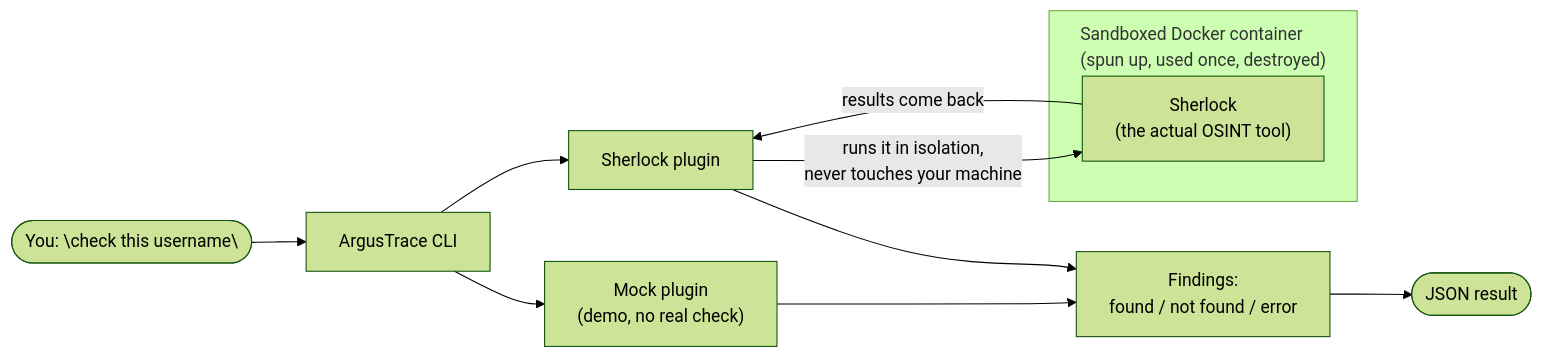
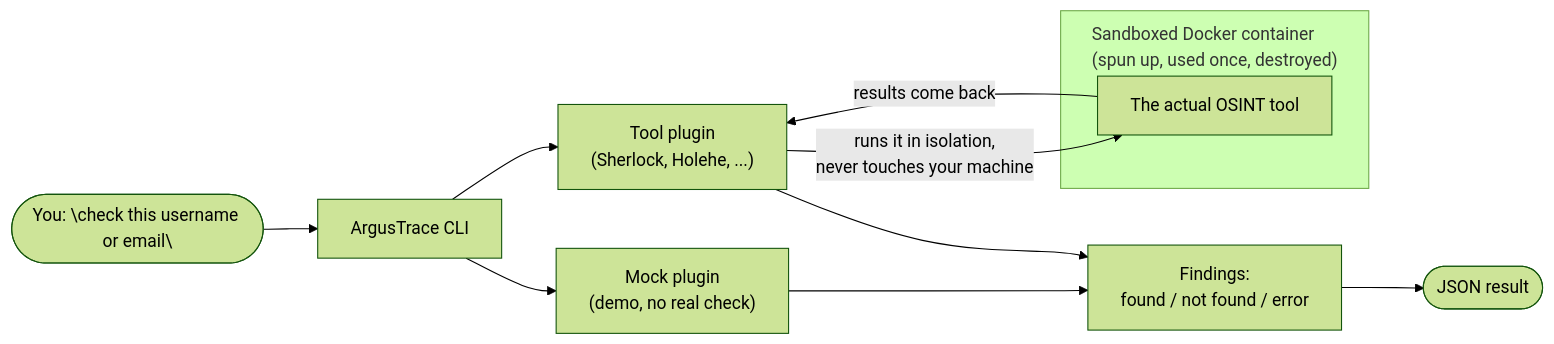
One commit to 0p3r1/ArgusTrace changed the diagram in README.md. Above: the diagram before and after it, drawn with Mermaid (forest theme). The commit also changed other lines of this file and 5 other files, not shown here.

First line of the commit message:
feat: add Holehe plugin, extract shared Docker hardening helper

````diff
--- a/README.md
+++ b/README.md
@@ -15,23 +15,23 @@
 ```mermaid
 %%{init: {"flowchart": {"subGraphTitleMargin": {"top": 10, "bottom": 15}}}}%%
 flowchart LR
-    User(["You: \"check this username\""])
+    User(["You: \"check this username or email\""])
     CLI["ArgusTrace CLI"]
     Mock["Mock plugin<br/>(demo, no real check)"]
-    SherlockPlugin["Sherlock plugin"]
+    ToolPlugin["Tool plugin<br/>(Sherlock, Holehe, ...)"]
     Findings["Findings:<br/>found / not found / error"]
     Output(["JSON result"])
 
     subgraph Container["Sandboxed Docker container<br/>(spun up, used once, destroyed)"]
-        Sherlock["Sherlock<br/>(the actual OSINT tool)"]
+        Tool["The actual OSINT tool"]
     end
 
     User --> CLI
     CLI --> Mock
-    CLI --> SherlockPlugin
-    SherlockPlugin -- "runs it in isolation,<br/>never touches your machine" --> Sherlock
-    Sherlock -- "results come back" --> SherlockPlugin
+    CLI --> ToolPlugin
+    ToolPlugin -- "runs it in isolation,<br/>never touches your machine" --> Tool
+    Tool -- "results come back" --> ToolPlugin
     Mock --> Findings
-    SherlockPlugin --> Findings
+    ToolPlugin --> Findings
     Findings --> Output
 ```
````
